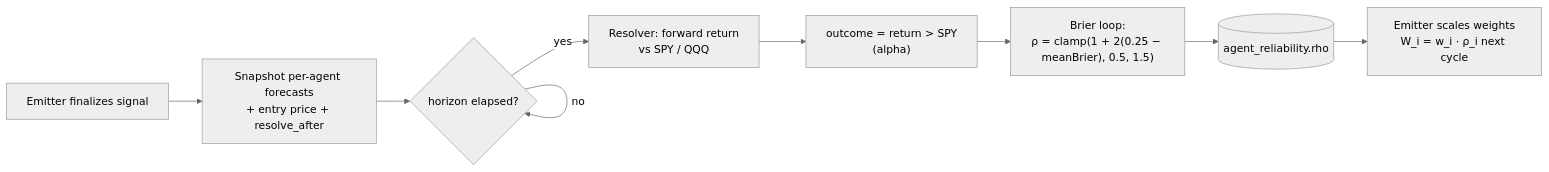
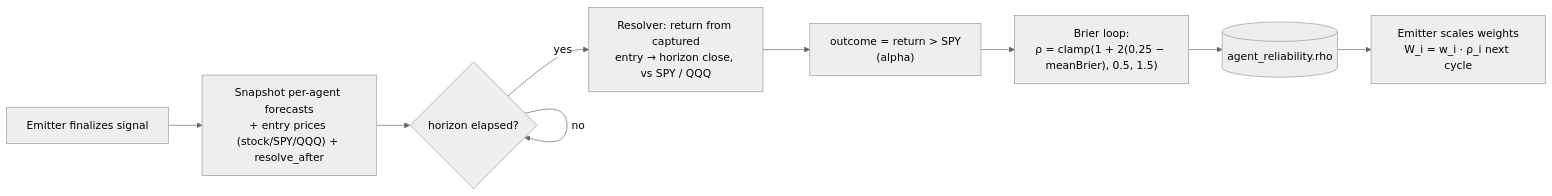
Before and after one commit to givewgun/legion: the fourth of 7 diagrams in docs/ARCHITECTURE.md, drawn with Mermaid (neutral theme). The commit also changed other lines of this file and 8 other files, not shown here.

First line of the commit message:
fix: resolve the forward paper-test from captured live entry prices

````diff
--- a/docs/ARCHITECTURE.md
+++ b/docs/ARCHITECTURE.md
@@ -140,15 +140,15 @@
 ```mermaid
 flowchart LR
     emit["Emitter finalizes signal"]
-    snap["Snapshot per-agent forecasts<br/>+ entry price + resolve_after"]
+    snap["Snapshot per-agent forecasts<br/>+ entry prices (stock/SPY/QQQ) + resolve_after"]
     wait{"horizon elapsed?"}
-    resolve["Resolver: forward return<br/>vs SPY / QQQ"]
+    resolve["Resolver: return from captured<br/>entry → horizon close, vs SPY / QQQ"]
     outcome["outcome = return &gt; SPY<br/>(alpha)"]
     brier["Brier loop:<br/>ρ = clamp(1 + 2(0.25 − meanBrier), 0.5, 1.5)"]
     store[("agent_reliability.rho")]
     scale["Emitter scales weights<br/>W_i = w_i · ρ_i next cycle"]
 
     emit --> snap --> wait
     wait -->|no| wait
     wait -->|yes| resolve --> outcome --> brier --> store --> scale
 ```
````
